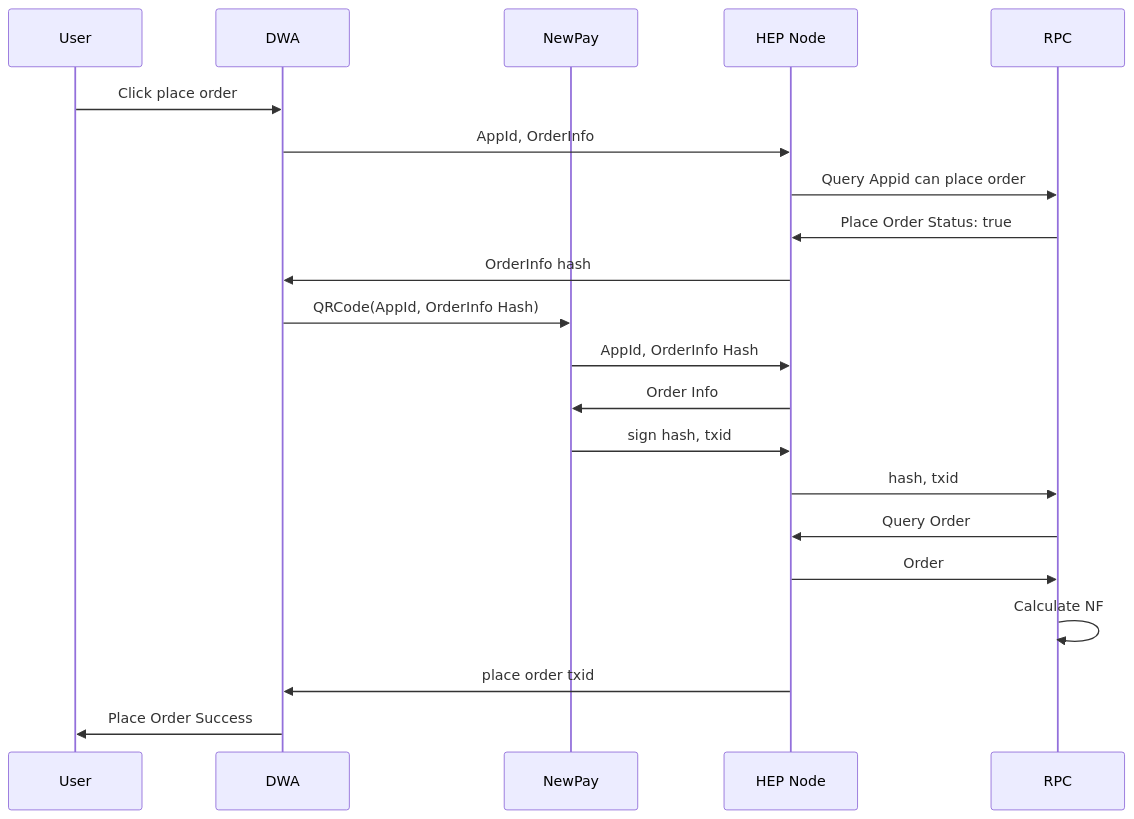
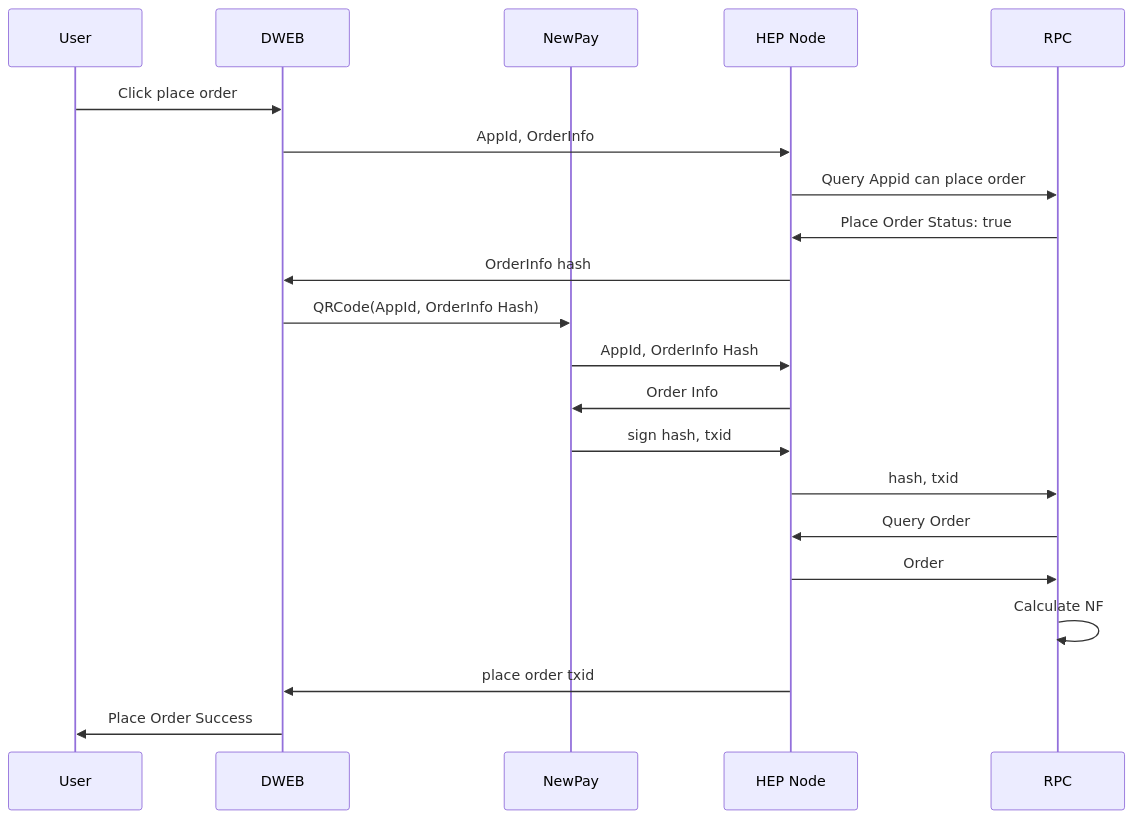
One commit to newtonproject/HEP-specification changed the third of 3 diagrams in hep-node/DWEB 上链流程.md. Above: the diagram before and after it, drawn with Mermaid. The commit also changed other lines of this file, not shown here.

Commit message:
Update DWEB 上链流程.md

````diff
--- a/hep-node/DWEB 上链流程.md
+++ b/hep-node/DWEB 上链流程.md
@@ -33,23 +33,23 @@
 ```mermaid
 sequenceDiagram;
 	participant User;
-	participant DWA;
+	participant DWEB;
 	participant NewPay;
 	participant HEP Node;
 	participant RPC;
-	User->>DWA:Click place order;
-	DWA->>HEP Node:AppId, OrderInfo;
+	User->>DWEB:Click place order;
+	DWEB->>HEP Node:AppId, OrderInfo;
 	HEP Node->>RPC:Query Appid can place order;
 	RPC->>HEP Node:Place Order Status: true;
-	HEP Node->>DWA: OrderInfo hash;
-	DWA->>NewPay: QRCode(AppId, OrderInfo Hash)
+	HEP Node->>DWEB: OrderInfo hash;
+	DWEB->>NewPay: QRCode(AppId, OrderInfo Hash)
 	NewPay->> HEP Node:AppId, OrderInfo Hash;
 	HEP Node->>NewPay:Order Info;
 	NewPay->>HEP Node:sign hash, txid;
 	HEP Node->>RPC:hash, txid;
 	RPC->>HEP Node:Query Order;
 	HEP Node->>RPC:Order;
 	RPC->>RPC: Calculate NF;
-	HEP Node->>DWA:place order txid;
-	DWA->>User:Place Order Success;
+	HEP Node->>DWEB:place order txid;
+	DWEB->>User:Place Order Success;
 ```
````
